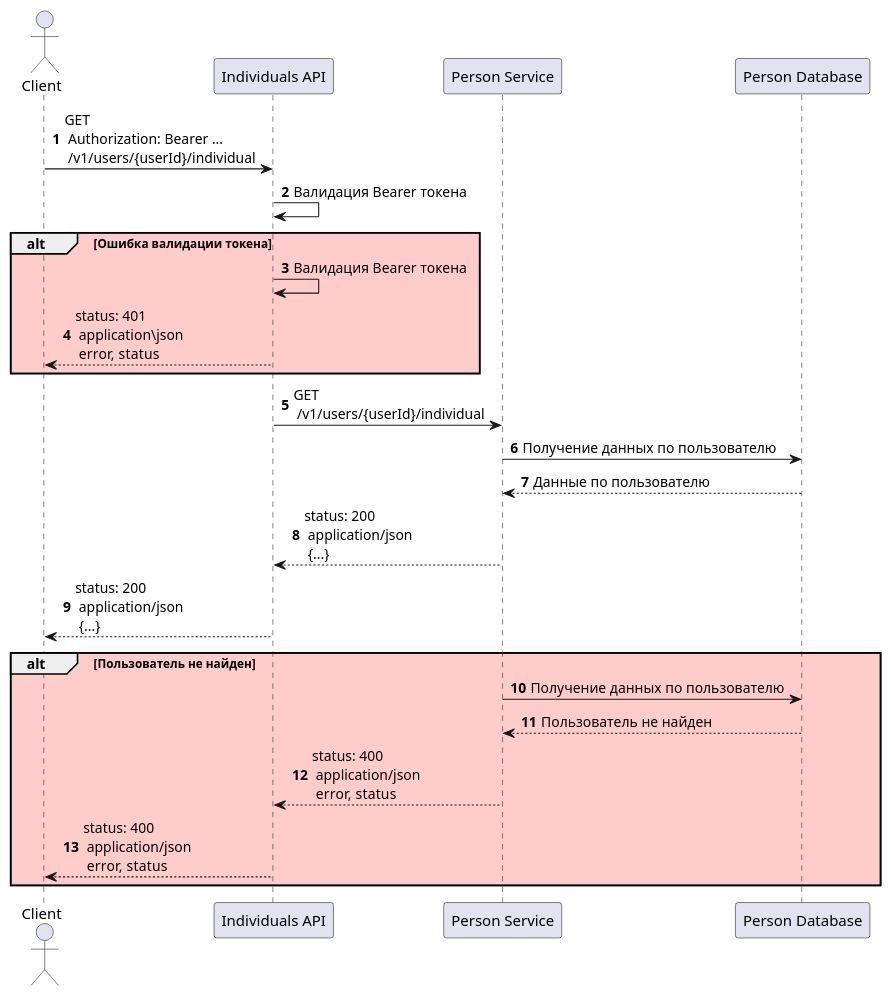
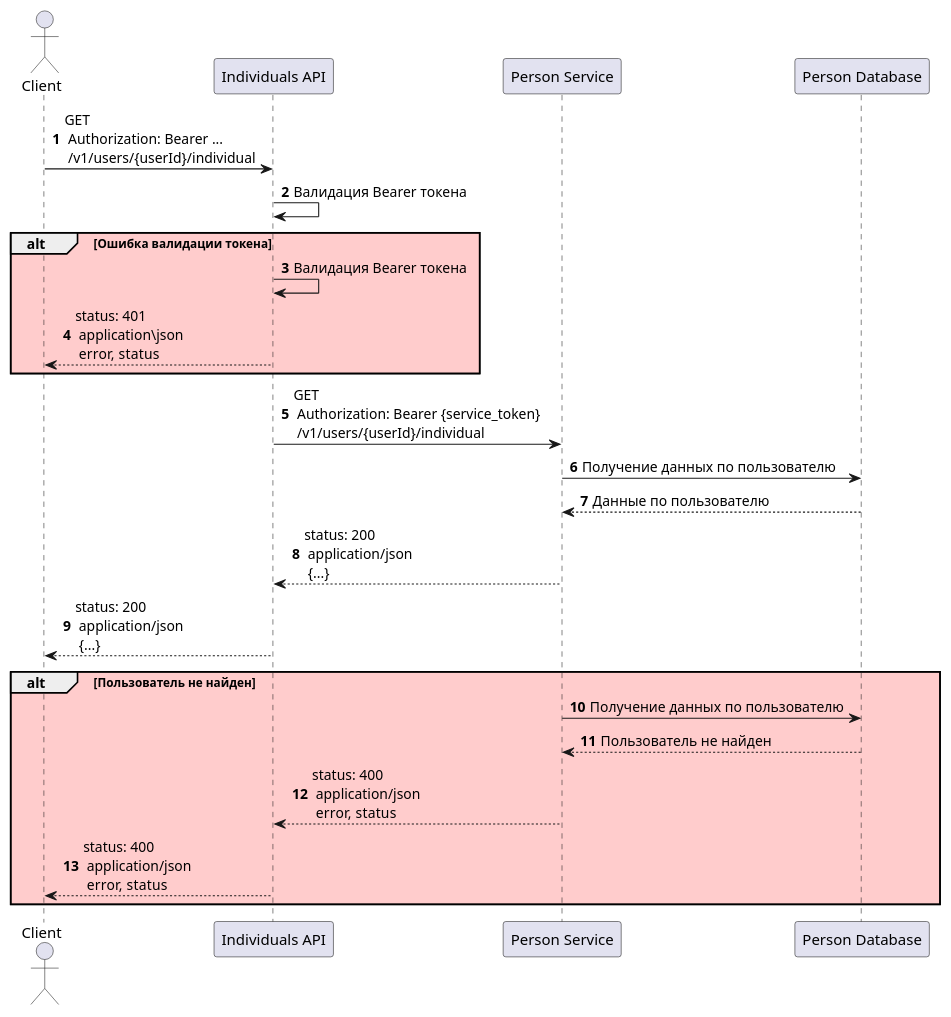
The diagram in architecture/sequence/user-info.puml (Ersted-me/payment-system), drawn with PlantUML before and after one commit. The commit also changed 2 other files, not shown here.

Commit message:
fix seq diagrams

```diff
--- a/architecture/sequence/user-info.puml
+++ b/architecture/sequence/user-info.puml
@@ -1,32 +1,32 @@
 @startuml
 
 autonumber
 
 actor Client as client
 participant "Individuals API" as api
 participant "Person Service" as person
 participant "Person Database" as personDb
 
 
 client -> api: GET \n Authorization: Bearer ... \n /v1/users/{userId}/individual
 api -> api: Валидация Bearer токена
 
 alt #FFCCCC Ошибка валидации токена
 api -> api: Валидация Bearer токена
 api --> client: status: 401 \n application\json \n error, status
 end
 
-api -> person: GET \n /v1/users/{userId}/individual
+api -> person: GET \n Authorization: Bearer {service_token} \n /v1/users/{userId}/individual
 person -> personDb: Получение данных по пользователю
 personDb --> person: Данные по пользователю
 person --> api: status: 200 \n application/json \n {...}
 api --> client: status: 200 \n application/json \n {...}
 
 alt #FFCCCC Пользователь не найден
 person -> personDb: Получение данных по пользователю
 personDb --> person: Пользователь не найден
 person --> api: status: 400 \n application/json \n error, status
 api --> client: status: 400 \n application/json \n error, status
 end
 
 @enduml
```
